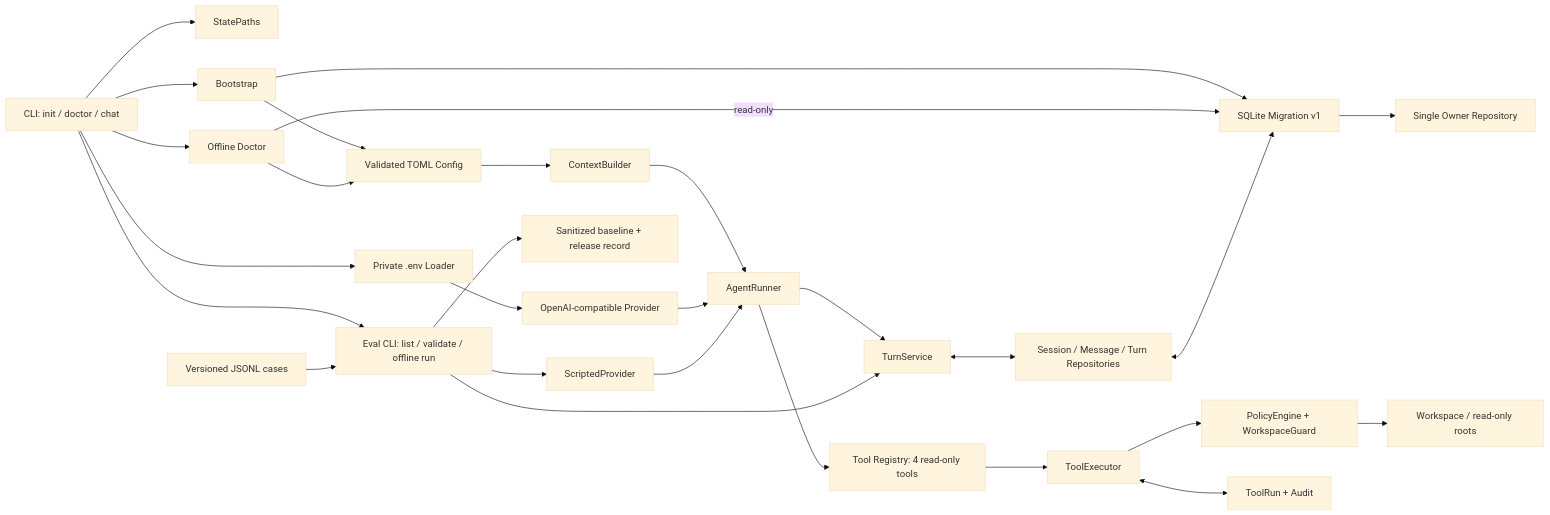
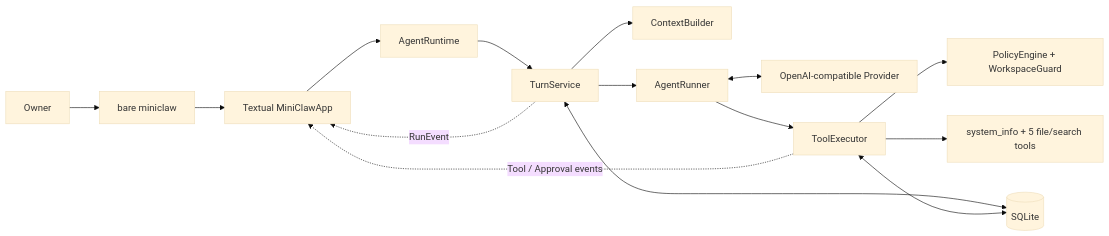
Before and after one commit to NEDONION/lobster0: the first of 9 diagrams in docs/architecture/20260807_系统架构.md, drawn with Mermaid (base theme). The commit also changed other lines of this file and 14 other files, not shown here.

````diff
--- a/docs/architecture/20260807_系统架构.md
+++ b/docs/architecture/20260807_系统架构.md
@@ -8,30 +9,17 @@
 ```mermaid
 flowchart LR
-    CLI["CLI: init / doctor / chat"] --> PATHS["StatePaths"]
-    CLI --> BOOTSTRAP["Bootstrap"]
-    BOOTSTRAP --> CONFIG["Validated TOML Config"]
-    BOOTSTRAP --> MIGRATION["SQLite Migration v1"]
-    MIGRATION --> OWNER["Single Owner Repository"]
-    CLI --> DOCTOR["Offline Doctor"]
-    DOCTOR --> CONFIG
-    DOCTOR -->|"read-only"| MIGRATION
-    CLI --> ENV["Private .env Loader"]
-    ENV --> PROVIDER["OpenAI-compatible Provider"]
-    CONFIG --> CONTEXT["ContextBuilder"]
-    CONTEXT --> RUNNER["AgentRunner"]
-    PROVIDER --> RUNNER
-    RUNNER --> REGISTRY["Tool Registry: 4 read-only tools"]
-    REGISTRY --> EXECUTOR["ToolExecutor"]
+    USER["Owner"] --> CLI["bare miniclaw"]
+    CLI --> APP["Textual MiniClawApp"]
+    APP --> RUNTIME["AgentRuntime"]
+    RUNTIME --> TURN["TurnService"]
+    TURN --> CONTEXT["ContextBuilder"]
+    TURN --> RUNNER["AgentRunner"]
+    RUNNER <--> PROVIDER["OpenAI-compatible Provider"]
+    RUNNER --> EXECUTOR["ToolExecutor"]
     EXECUTOR --> POLICY["PolicyEngine + WorkspaceGuard"]
-    EXECUTOR <--> TOOLING["ToolRun + Audit"]
-    POLICY --> WORKSPACE["Workspace / read-only roots"]
-    RUNNER --> TURN["TurnService"]
-    TURN <--> CONVERSATION["Session / Message / Turn Repositories"]
-    CONVERSATION <--> MIGRATION
-    CLI --> EVAL["Eval CLI: list / validate / offline run"]
-    CASES["Versioned JSONL cases"] --> EVAL
-    EVAL --> FAKE["ScriptedProvider"]
-    FAKE --> RUNNER
-    EVAL --> TURN
-    EVAL --> BASELINE["Sanitized baseline + release record"]
+    EXECUTOR --> TOOLS["system_info + 5 file/search tools"]
+    TURN <--> DB[("SQLite")]
+    EXECUTOR <--> DB
+    TURN -. "RunEvent" .-> APP
+    EXECUTOR -. "Tool / Approval events" .-> APP
 ```
````
